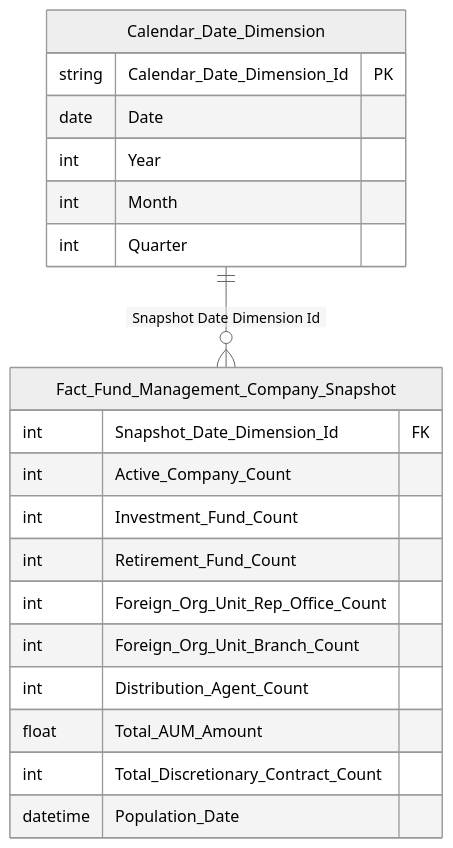
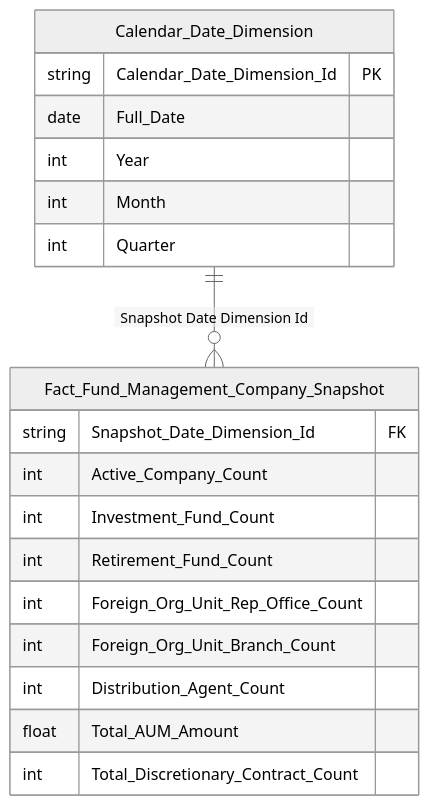
One commit to linhlvit/ubck_atomic_design changed the tenth of 37 diagrams in Datamart/hld/DTM_FMS_HLD.md. Above: the diagram before and after it, drawn with Mermaid (neutral theme). The commit also changed other lines of this file and 1 other file, not shown here.

````diff
--- a/Datamart/hld/DTM_FMS_HLD.md
+++ b/Datamart/hld/DTM_FMS_HLD.md
@@ -446,24 +446,23 @@
 ```mermaid
 erDiagram
     Fact_Fund_Management_Company_Snapshot {
-        int Snapshot_Date_Dimension_Id FK
+        string Snapshot_Date_Dimension_Id FK
         int Active_Company_Count
         int Investment_Fund_Count
         int Retirement_Fund_Count
         int Foreign_Org_Unit_Rep_Office_Count
         int Foreign_Org_Unit_Branch_Count
         int Distribution_Agent_Count
         float Total_AUM_Amount
         int Total_Discretionary_Contract_Count
-        datetime Population_Date
     }
     Calendar_Date_Dimension {
         string Calendar_Date_Dimension_Id PK
-        date Date
+        date Full_Date
         int Year
         int Month
         int Quarter
     }
 
     Calendar_Date_Dimension ||--o{ Fact_Fund_Management_Company_Snapshot : "Snapshot Date Dimension Id"
 ```
````
